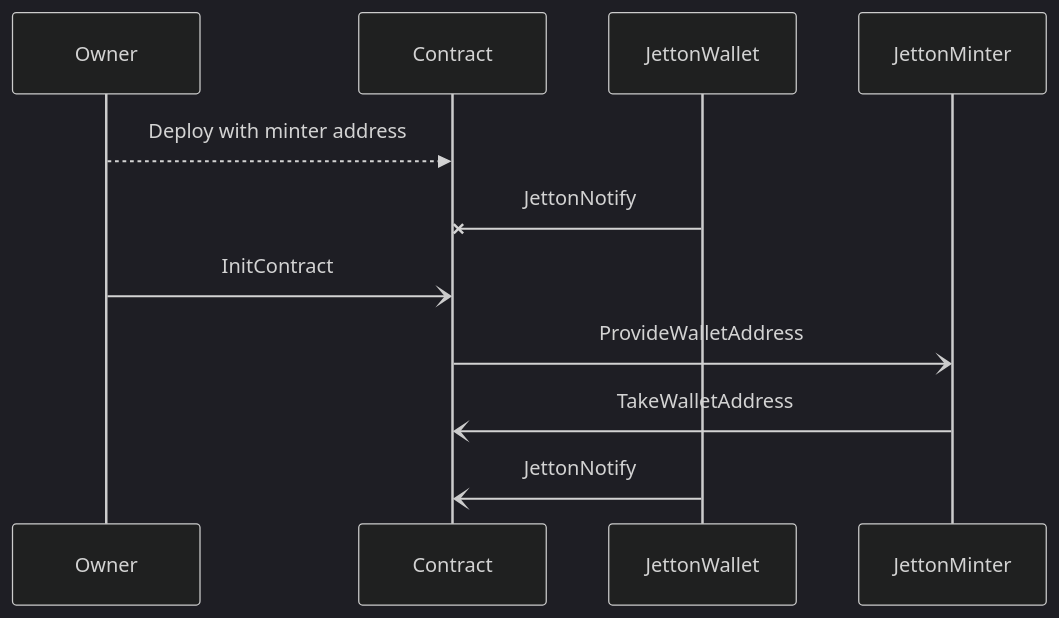
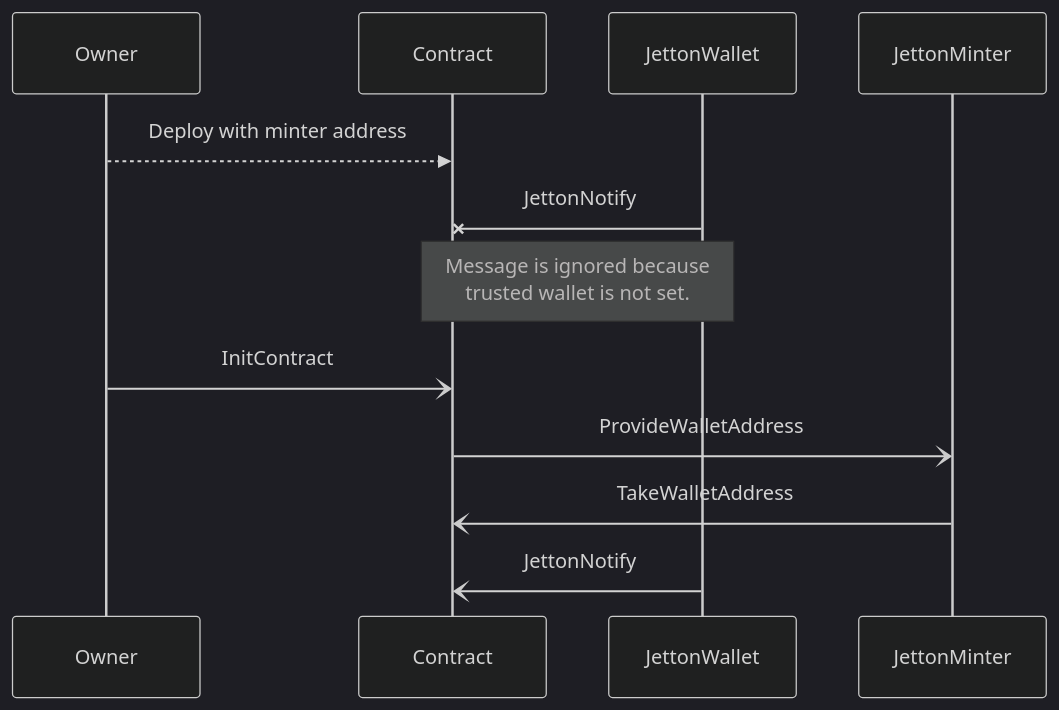
The third of 4 diagrams in contract-dev/techniques/on-chain-jetton-processing.mdx (ton-org/docs), drawn with Mermaid (dark theme) before and after one commit. The commit also changed other lines of this file, not shown here.

````diff
--- a/contract-dev/techniques/on-chain-jetton-processing.mdx
+++ b/contract-dev/techniques/on-chain-jetton-processing.mdx
@@ -123,14 +126,15 @@
 ```mermaid
 sequenceDiagram
     participant Owner
     participant Contract
     participant JettonWallet
     participant JettonMinter
 
     Owner-->>Contract: Deploy with minter address
     JettonWallet-xContract: JettonNotify
+    Note over JettonWallet, Contract: Message is ignored because<br/> trusted wallet is not set.
     Owner-)Contract: InitContract
     Contract-)JettonMinter: ProvideWalletAddress
     JettonMinter-)Contract: TakeWalletAddress
     JettonWallet-)Contract: JettonNotify
 ```
````
